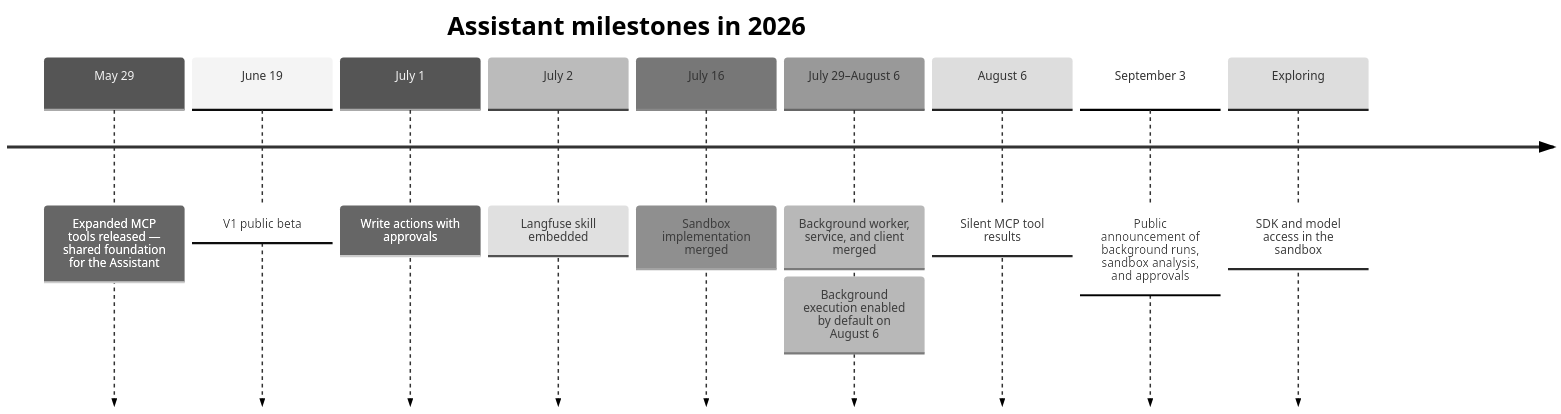
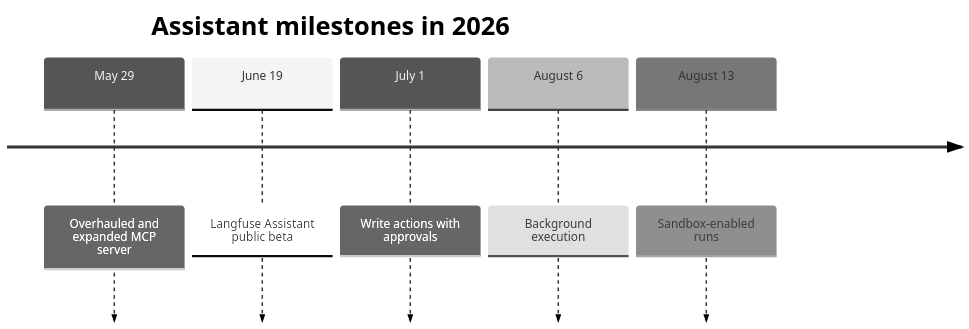
One commit to langfuse/langfuse-docs changed the first of 3 diagrams in content/blog/2026-10-21-building-the-langfuse-assistant.mdx. Above: the diagram before and after it, drawn with Mermaid (neutral theme). The commit also changed other lines of this file, not shown here.

````diff
--- a/content/blog/2026-10-21-building-the-langfuse-assistant.mdx
+++ b/content/blog/2026-10-21-building-the-langfuse-assistant.mdx
@@ -34,14 +34,9 @@
 ```mermaid
 timeline
   title Assistant milestones in 2026
-  May 29 : Expanded MCP tools released — shared foundation for the Assistant
-  June 19 : V1 public beta
+  May 29 : Overhauled and expanded MCP server
+  June 19 : Langfuse Assistant public beta
   July 1 : Write actions with approvals
-  July 2 : Langfuse skill embedded
-  July 16 : Sandbox implementation merged
-  July 29–August 6 : Background worker, service, and client merged
-                   : Background execution enabled by default on August 6
-  August 6 : Silent MCP tool results
-  September 3 : Public announcement of background runs, sandbox analysis, and approvals
-  Exploring : SDK and model access in the sandbox
+  August 6 : Background execution
+  August 13 : Sandbox-enabled runs
 ```
````
